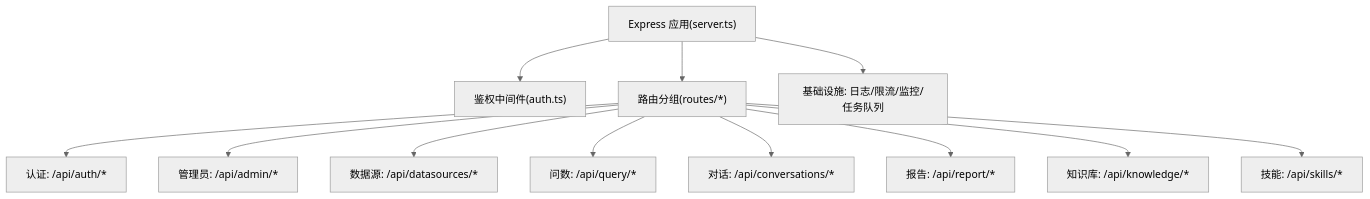
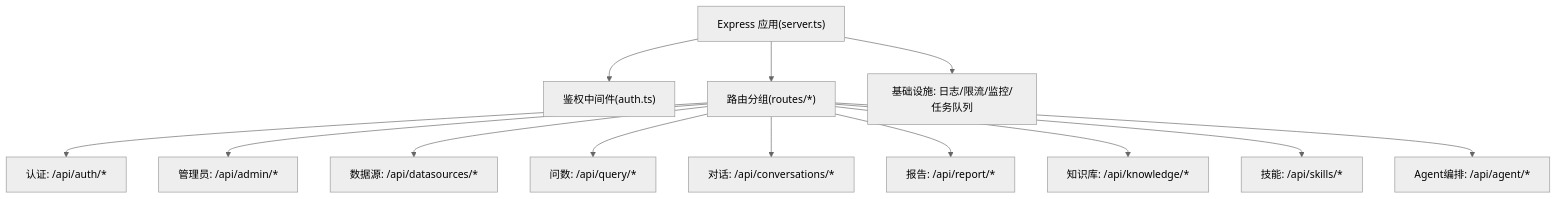
One commit to dgjin/smart-data-analytics changed the first of 6 diagrams in .qoder/repowiki/zh/content/API参考/API参考.md. Above: the diagram before and after it, drawn with Mermaid (neutral theme). The commit also changed other lines of this file and 146 other files, not shown here.

````diff
--- a/.qoder/repowiki/zh/content/API参考/API参考.md
+++ b/.qoder/repowiki/zh/content/API参考/API参考.md
@@ -38,14 +50,15 @@
 ```mermaid
 graph TB
 A["Express 应用(server.ts)"] --> B["鉴权中间件(auth.ts)"]
 A --> C["路由分组(routes/*)"]
 C --> C1["认证: /api/auth/*"]
 C --> C2["管理员: /api/admin/*"]
 C --> C3["数据源: /api/datasources/*"]
 C --> C4["问数: /api/query/*"]
 C --> C5["对话: /api/conversations/*"]
 C --> C6["报告: /api/report/*"]
 C --> C7["知识库: /api/knowledge/*"]
 C --> C8["技能: /api/skills/*"]
+C --> C9["Agent编排: /api/agent/*"]
 A --> D["基础设施: 日志/限流/监控/任务队列"]
 ```
````
